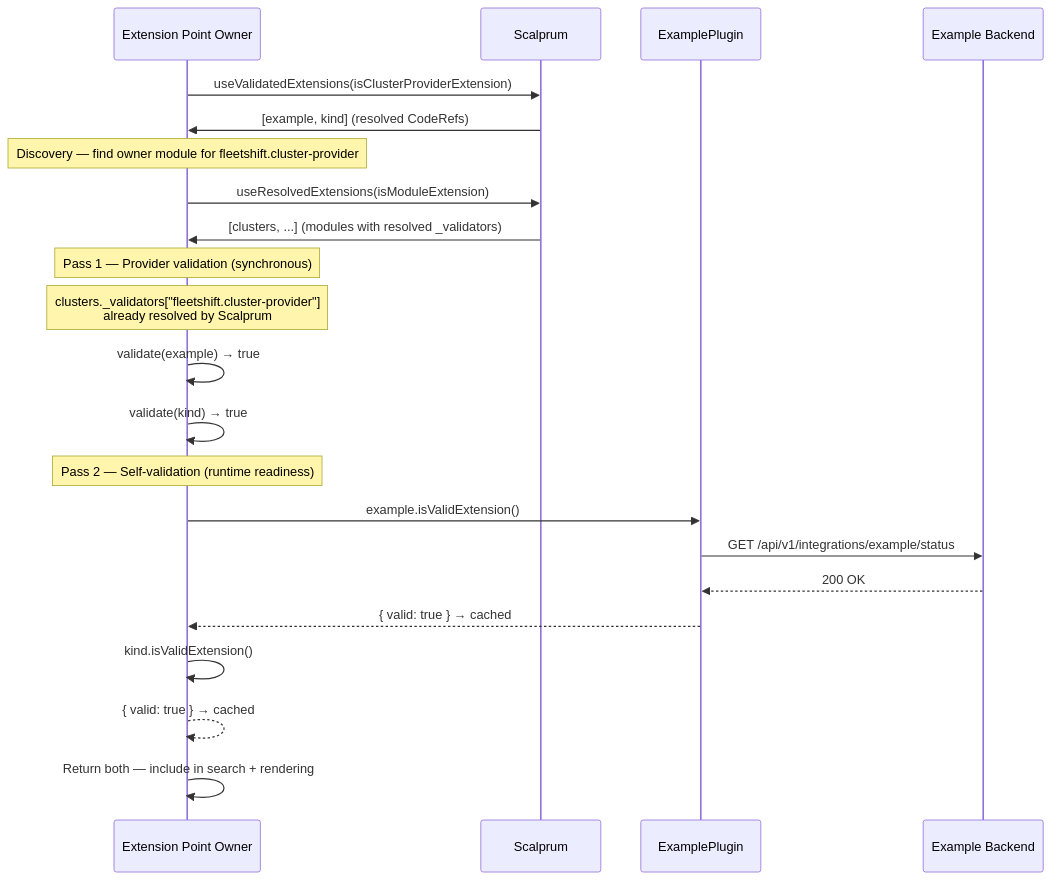
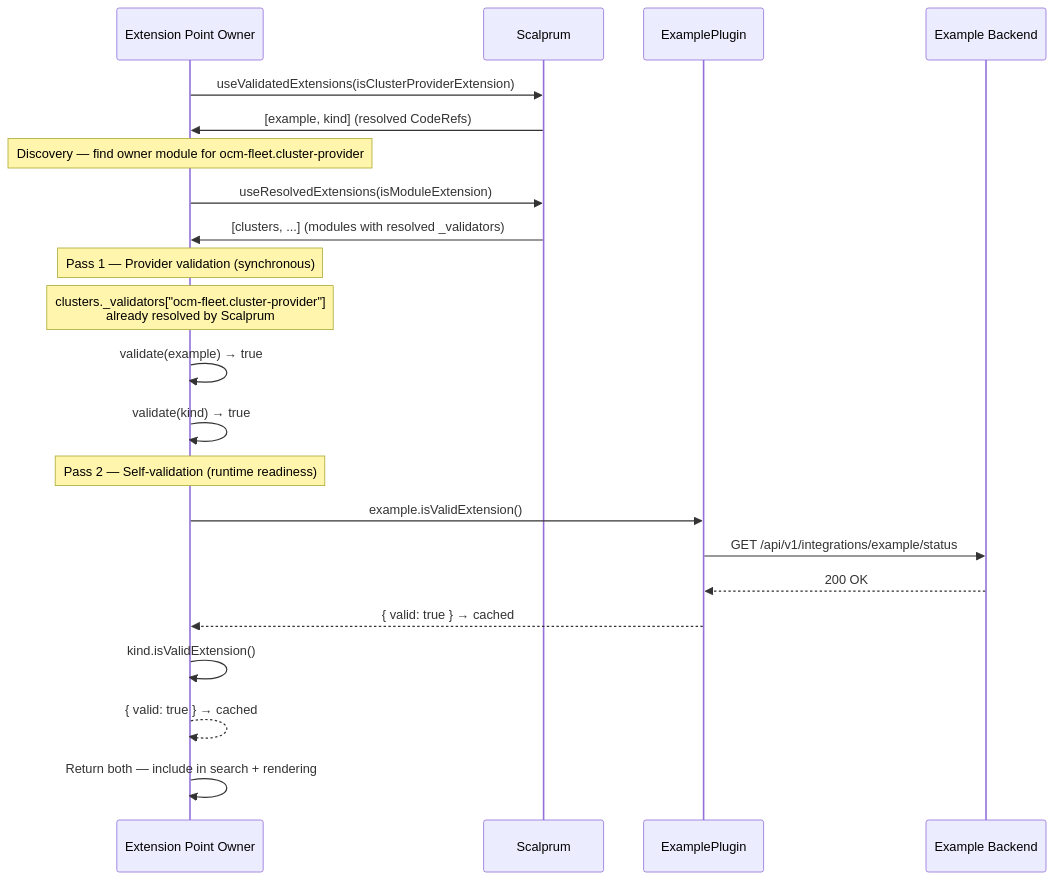
One commit to fleetshift/fleetshift-poc changed the second of 4 diagrams in docs/ui/extension-validation.md. Above: the diagram before and after it, drawn with Mermaid. The commit also changed other lines of this file and 1079 other files, not shown here.

First line of the commit message:
FM-100: Rename retained repository for experimental OCM Fleet (#191)

````diff
--- a/docs/ui/extension-validation.md
+++ b/docs/ui/extension-validation.md
@@ -539,29 +539,29 @@
 ```mermaid
 sequenceDiagram
     participant EPOwner as Extension Point Owner
     participant Scalprum
     participant ExampleProvider as ExamplePlugin
     participant Backend as Example Backend
 
     EPOwner->>Scalprum: useValidatedExtensions(isClusterProviderExtension)
     Scalprum->>EPOwner: [example, kind] (resolved CodeRefs)
 
-    Note over EPOwner: Discovery — find owner module for fleetshift.cluster-provider
+    Note over EPOwner: Discovery — find owner module for ocm-fleet.cluster-provider
     EPOwner->>Scalprum: useResolvedExtensions(isModuleExtension)
     Scalprum->>EPOwner: [clusters, ...] (modules with resolved _validators)
 
     Note over EPOwner: Pass 1 — Provider validation (synchronous)
-    Note over EPOwner: clusters._validators["fleetshift.cluster-provider"]<br/>already resolved by Scalprum
+    Note over EPOwner: clusters._validators["ocm-fleet.cluster-provider"]<br/>already resolved by Scalprum
     EPOwner->>EPOwner: validate(example) → true
     EPOwner->>EPOwner: validate(kind) → true
 
     Note over EPOwner: Pass 2 — Self-validation (runtime readiness)
     EPOwner->>ExampleProvider: example.isValidExtension()
     ExampleProvider->>Backend: GET /api/v1/integrations/example/status
     Backend-->>ExampleProvider: 200 OK
     ExampleProvider-->>EPOwner: { valid: true } → cached
     EPOwner->>EPOwner: kind.isValidExtension()
     EPOwner-->>EPOwner: { valid: true } → cached
 
     EPOwner->>EPOwner: Return both — include in search + rendering
 ```
````
